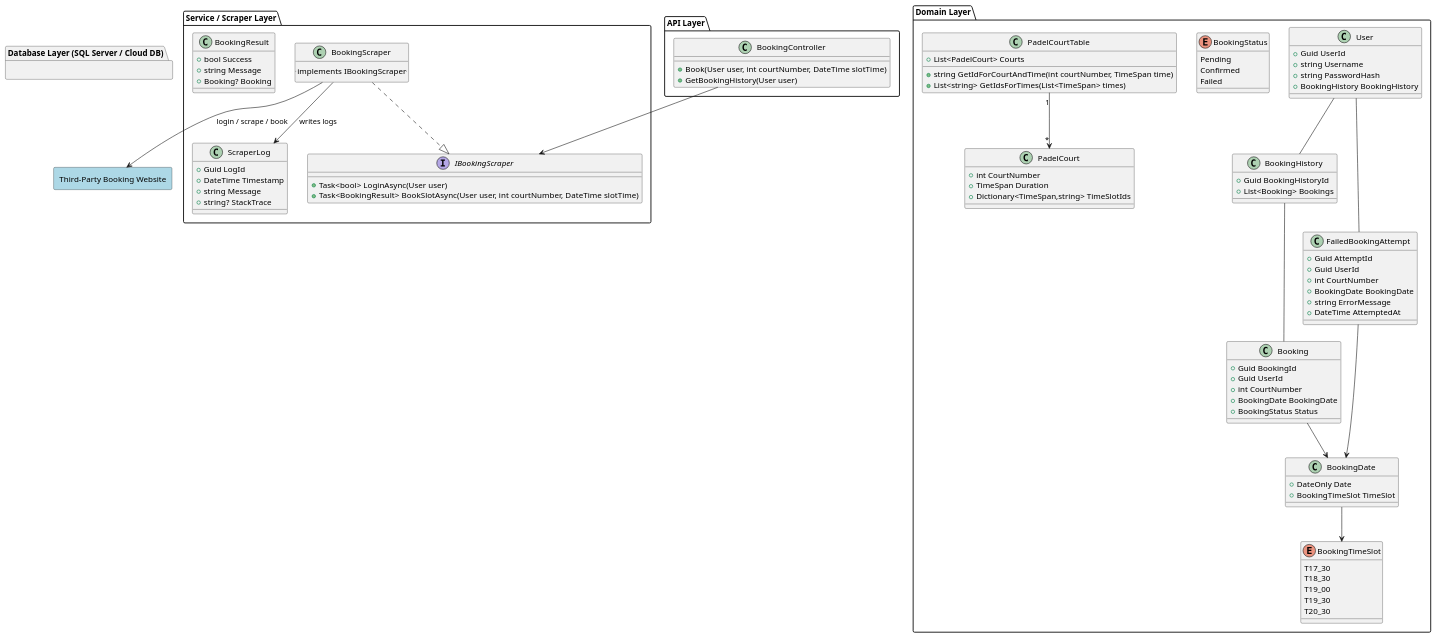
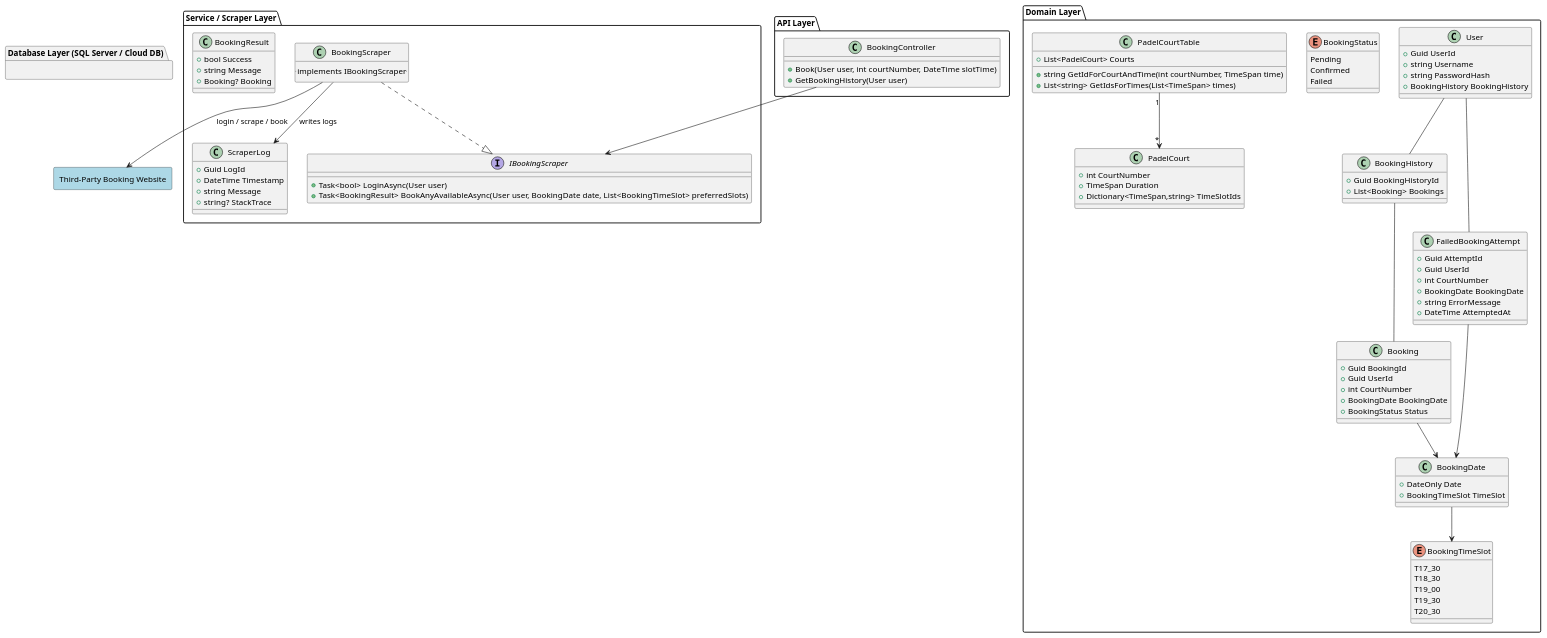
The diagram in docs/diagrams/class.puml (98iarribi/polideportivo), drawn with PlantUML before and after one commit.

Commit message:
Update IBookingScraper: the main booking method will try to book any court, not just one

```diff
--- a/docs/diagrams/class.puml
+++ b/docs/diagrams/class.puml
@@ -1,124 +1,124 @@
 @startuml
 
 allow_mixing
 
 package "API Layer" {
     class BookingController {
         +Book(User user, int courtNumber, DateTime slotTime)
         +GetBookingHistory(User user)
     }
 }
 
 package "Service / Scraper Layer" {
     interface IBookingScraper {
         +Task<bool> LoginAsync(User user)
-        +Task<BookingResult> BookSlotAsync(User user, int courtNumber, DateTime slotTime)
+        +Task<BookingResult> BookAnyAvailableAsync(User user, BookingDate date, List<BookingTimeSlot> preferredSlots)
     }
 
     class BookingScraper {
         ..implements IBookingScraper..
     }
 
     class BookingResult {
         +bool Success
         +string Message
         +Booking? Booking
     }
 
     class ScraperLog {
         +Guid LogId
         +DateTime Timestamp
         +string Message
         +string? StackTrace
     }
 }
 
 package "Domain Layer" {
     class User {
         +Guid UserId
         +string Username
         +string PasswordHash
         +BookingHistory BookingHistory
     }
 
     class BookingHistory {
         +Guid BookingHistoryId
         +List<Booking> Bookings
     }
 
     class Booking {
         +Guid BookingId
         +Guid UserId
         +int CourtNumber
         +BookingDate BookingDate
         +BookingStatus Status
     }
 
     class BookingDate {
         +DateOnly Date
         +BookingTimeSlot TimeSlot
     }
 
     enum BookingTimeSlot {
         T17_30
         T18_30
         T19_00
         T19_30
         T20_30
     }
 
     enum BookingStatus {
         Pending
         Confirmed
         Failed
     }
 
     class FailedBookingAttempt {
         +Guid AttemptId
         +Guid UserId
         +int CourtNumber
         +BookingDate BookingDate
         +string ErrorMessage
         +DateTime AttemptedAt
     }
 
     class PadelCourtTable {
         +List<PadelCourt> Courts
         +string GetIdForCourtAndTime(int courtNumber, TimeSpan time)
         +List<string> GetIdsForTimes(List<TimeSpan> times)
     }
 
     class PadelCourt {
         +int CourtNumber
         +TimeSpan Duration
         +Dictionary<TimeSpan,string> TimeSlotIds
     }
 }
 
 package "Database Layer (SQL Server / Cloud DB)" {
     ' Represent tables stored in the database
     User -- BookingHistory
     BookingHistory -- Booking
     User -- FailedBookingAttempt
 }
 
 ' Relationships
 BookingController --> IBookingScraper
 BookingScraper ..|> IBookingScraper
 PadelCourtTable "1" --> "*" PadelCourt
 
 ' Domain relationships
 Booking --> BookingDate
 BookingDate --> BookingTimeSlot
 FailedBookingAttempt --> BookingDate
 
 ' Logging Relationship
 BookingScraper --> ScraperLog : writes logs
 
 ' External System
 rectangle "Third-Party Booking Website" as ThirdPartyWeb #LightBlue
 
 ' Interaction
 BookingScraper --> ThirdPartyWeb : login / scrape / book
 
 @enduml
```
